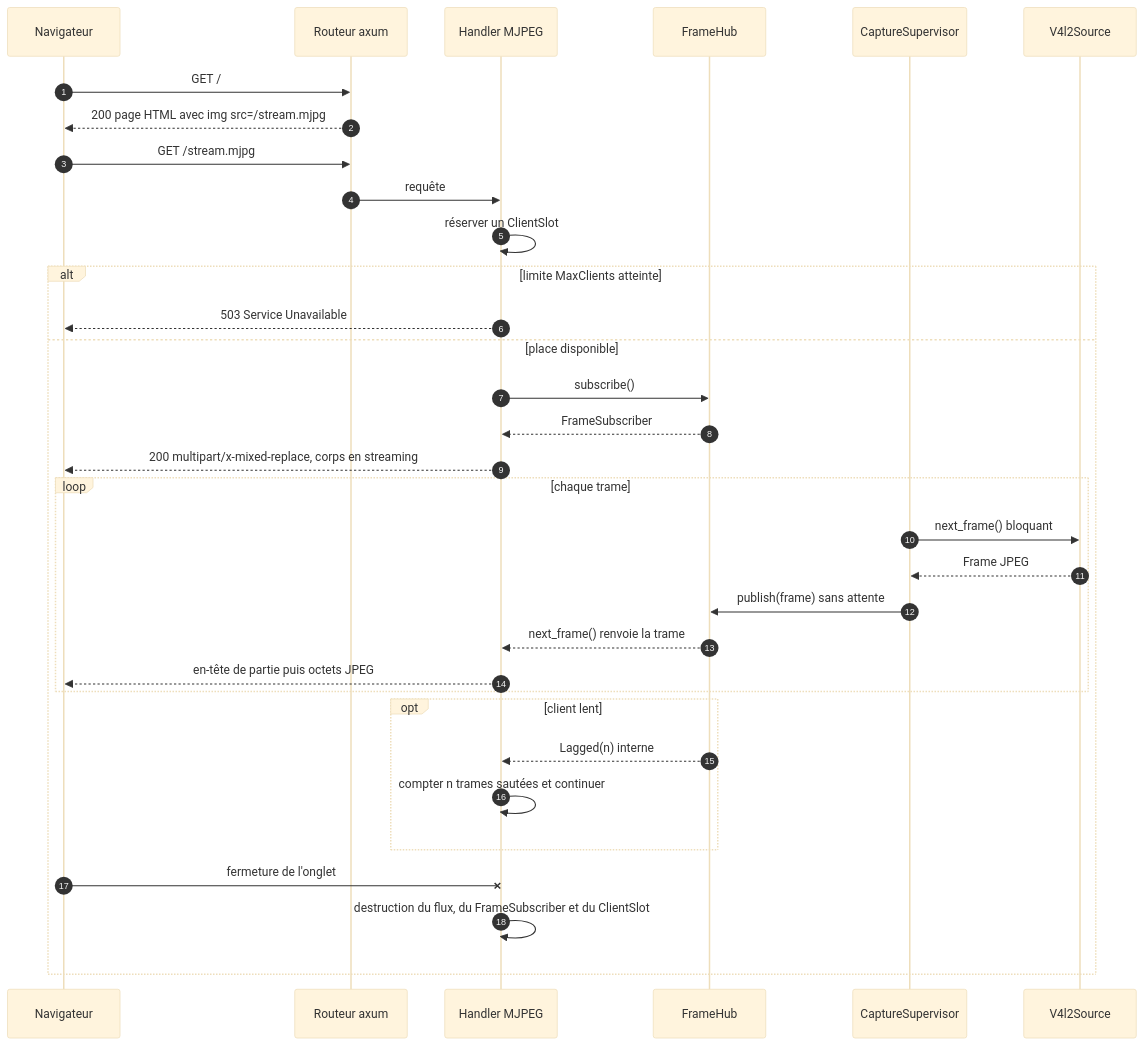
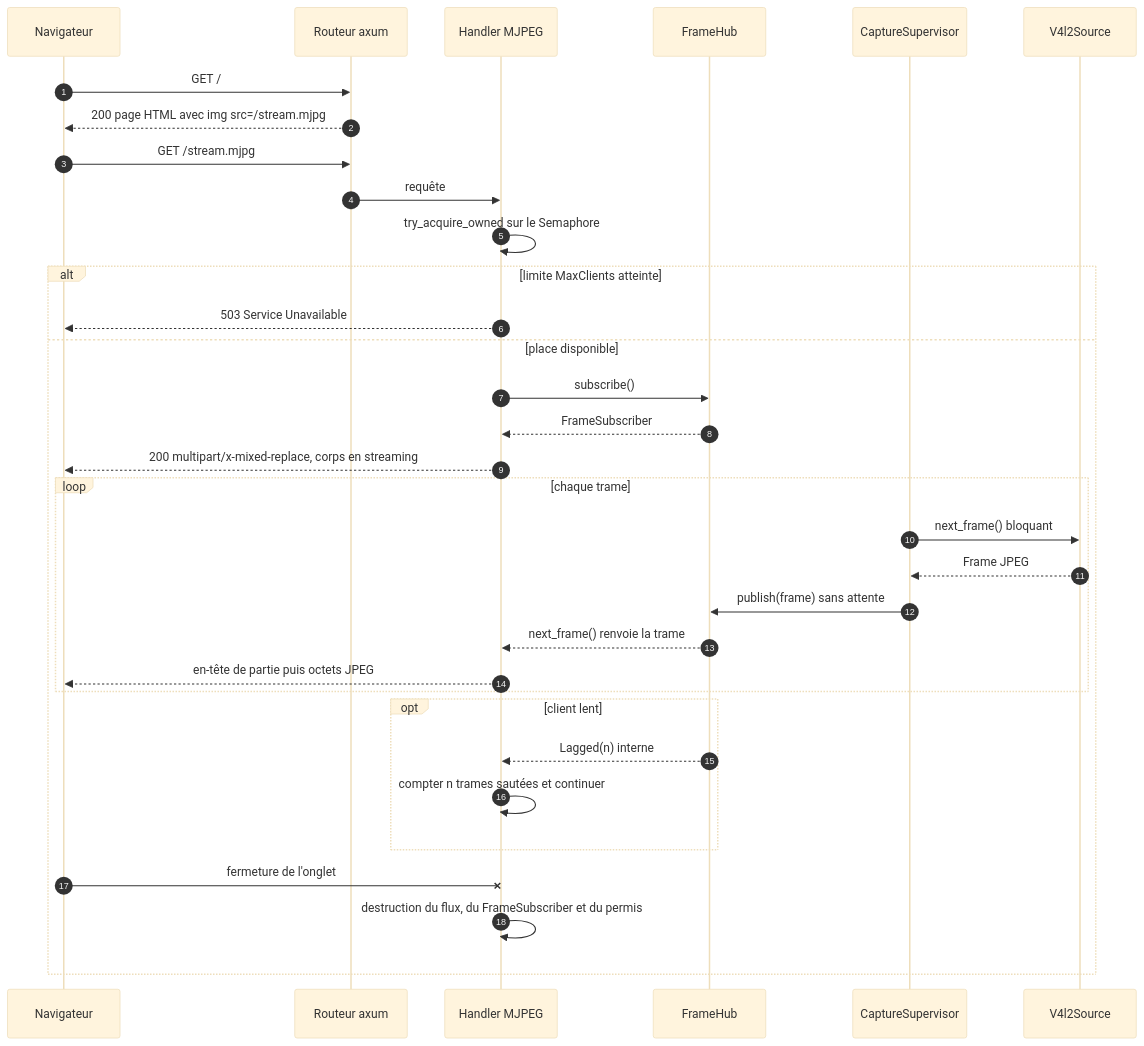
The seventh of 10 diagrams in docs/architecture.md (jprecigout/camstream), drawn with Mermaid (base theme) before and after one commit. The commit also changed other lines of this file and 8 other files, not shown here.

First line of the commit message:
docs(architecture): intégrer les décisions v1 et ajouter les ADR 0006 et 0007

````diff
--- a/docs/architecture.md
+++ b/docs/architecture.md
@@ -931,36 +1206,36 @@
 ```mermaid
 sequenceDiagram
     autonumber
     participant B as Navigateur
     participant R as Routeur axum
     participant M as Handler MJPEG
     participant H as FrameHub
     participant S as CaptureSupervisor
     participant V as V4l2Source
 
     B->>R: GET /
     R-->>B: 200 page HTML avec img src=/stream.mjpg
     B->>R: GET /stream.mjpg
     R->>M: requête
-    M->>M: réserver un ClientSlot
+    M->>M: try_acquire_owned sur le Semaphore
     alt limite MaxClients atteinte
         M-->>B: 503 Service Unavailable
     else place disponible
         M->>H: subscribe()
         H-->>M: FrameSubscriber
         M-->>B: 200 multipart/x-mixed-replace, corps en streaming
         loop chaque trame
             S->>V: next_frame() bloquant
             V-->>S: Frame JPEG
             S->>H: publish(frame) sans attente
             H-->>M: next_frame() renvoie la trame
             M-->>B: en-tête de partie puis octets JPEG
         end
         opt client lent
             H-->>M: Lagged(n) interne
             M->>M: compter n trames sautées et continuer
         end
         B-xM: fermeture de l'onglet
-        M->>M: destruction du flux, du FrameSubscriber et du ClientSlot
+        M->>M: destruction du flux, du FrameSubscriber et du permis
     end
 ```
````
